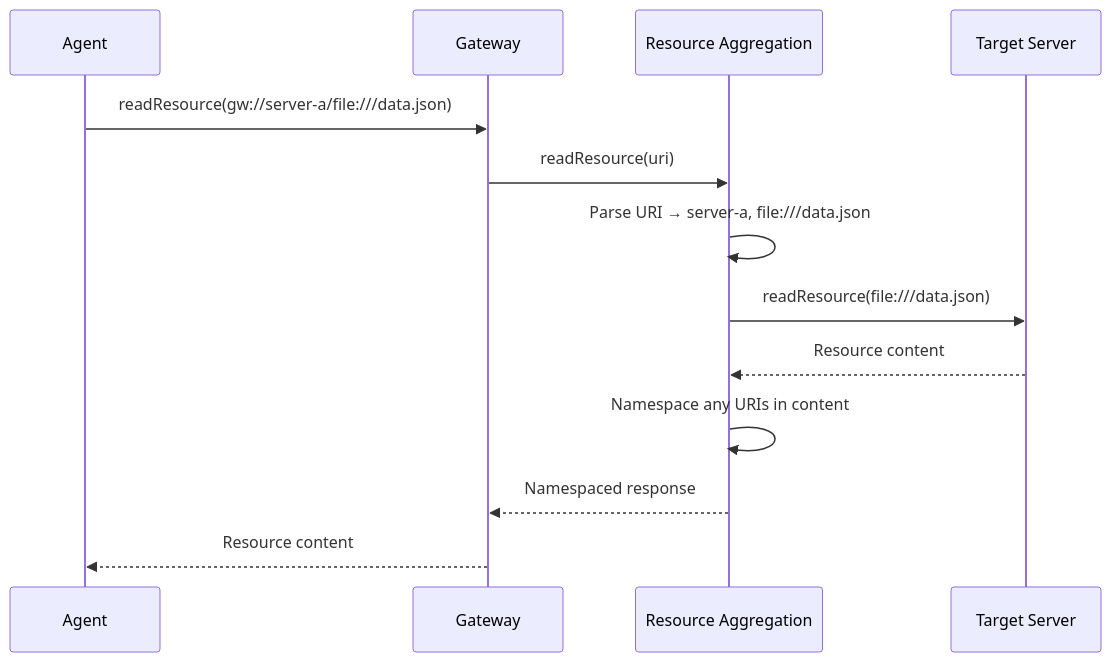
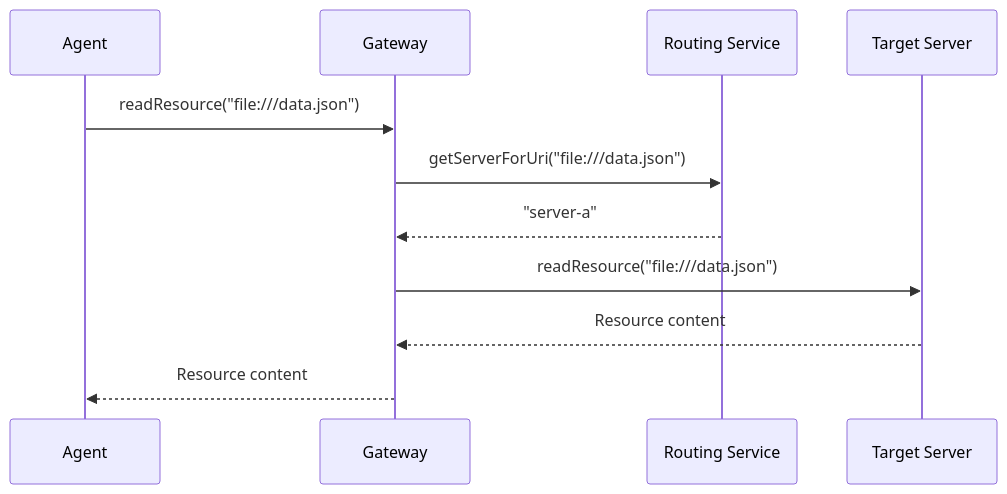
Before and after one commit to karashiiro/my-cool-proxy: the fourth of 5 diagrams in docs/design/resource-namespacing.md, drawn with Mermaid. The commit also changed other lines of this file and 8 other files, not shown here.

````diff
--- a/docs/design/resource-namespacing.md
+++ b/docs/design/resource-namespacing.md
@@ -139,16 +110,14 @@
 ```mermaid
 sequenceDiagram
     participant Agent
     participant Gateway
-    participant Service as Resource Aggregation
+    participant Routing as Routing Service
     participant Client as Target Server
 
-    Agent->>Gateway: readResource(gw://server-a/file:///data.json)
-    Gateway->>Service: readResource(uri)
-    Service->>Service: Parse URI → server-a, file:///data.json
-    Service->>Client: readResource(file:///data.json)
-    Client-->>Service: Resource content
-    Service->>Service: Namespace any URIs in content
-    Service-->>Gateway: Namespaced response
+    Agent->>Gateway: readResource("file:///data.json")
+    Gateway->>Routing: getServerForUri("file:///data.json")
+    Routing-->>Gateway: "server-a"
+    Gateway->>Client: readResource("file:///data.json")
+    Client-->>Gateway: Resource content
     Gateway-->>Agent: Resource content
 ```
````
